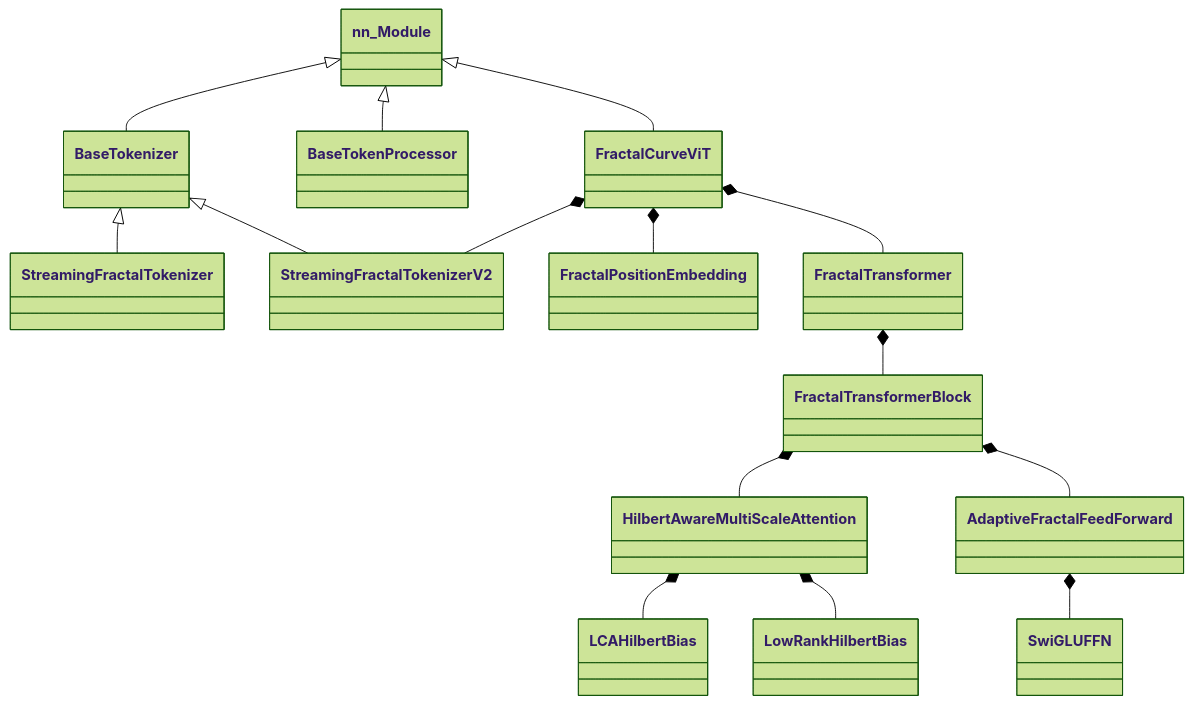
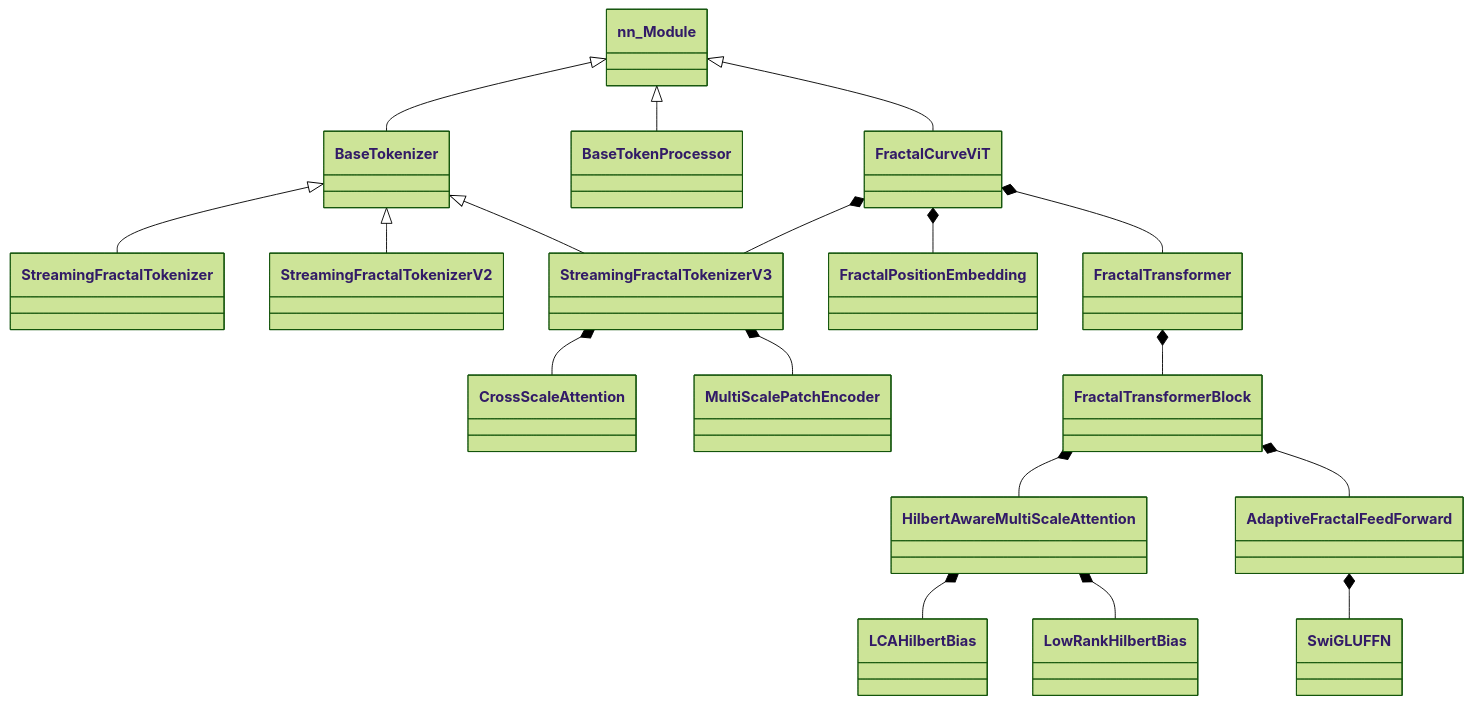
Before and after one commit to LoopyBrainie/fractal-curve-tokenizer: the diagram in documents/appendix.md, drawn with Mermaid (forest theme). The commit also changed other lines of this file and 7 other files, not shown here.

Commit message:
feat: 更新文档，标记 StreamingFractalTokenizerV2 为已废弃，推荐使用 StreamingFractalTokenizerV3，添加 Cross-Scale Attention 相关内容

````diff
--- a/documents/appendix.md
+++ b/documents/appendix.md
@@ -5,21 +5,25 @@
 ```mermaid
 classDiagram
     nn_Module <|-- BaseTokenizer
     nn_Module <|-- BaseTokenProcessor
     nn_Module <|-- FractalCurveViT
 
     BaseTokenizer <|-- StreamingFractalTokenizer
     BaseTokenizer <|-- StreamingFractalTokenizerV2
+    BaseTokenizer <|-- StreamingFractalTokenizerV3
 
-    FractalCurveViT *-- StreamingFractalTokenizerV2
+    FractalCurveViT *-- StreamingFractalTokenizerV3
     FractalCurveViT *-- FractalPositionEmbedding
     FractalCurveViT *-- FractalTransformer
 
     FractalTransformer *-- FractalTransformerBlock
     FractalTransformerBlock *-- HilbertAwareMultiScaleAttention
     FractalTransformerBlock *-- AdaptiveFractalFeedForward
 
     HilbertAwareMultiScaleAttention *-- LCAHilbertBias
     HilbertAwareMultiScaleAttention *-- LowRankHilbertBias
     AdaptiveFractalFeedForward *-- SwiGLUFFN
+    
+    StreamingFractalTokenizerV3 *-- CrossScaleAttention
+    StreamingFractalTokenizerV3 *-- MultiScalePatchEncoder
 ```
````
